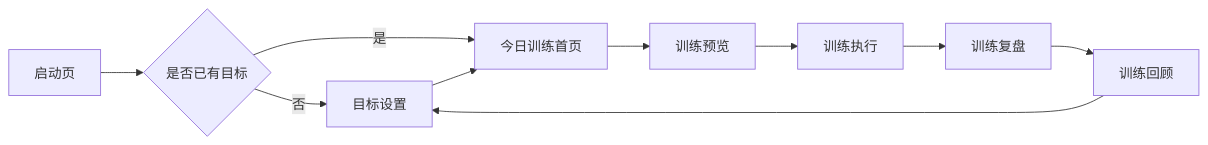
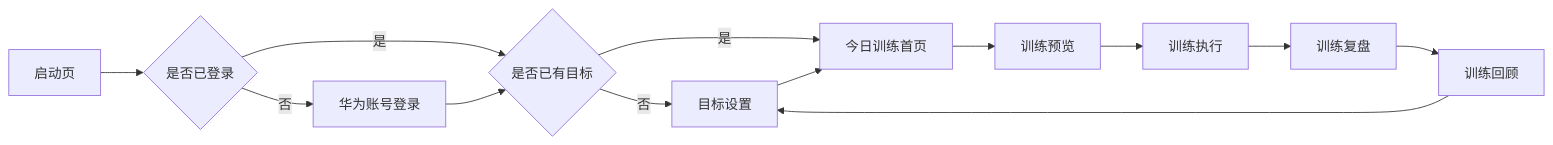
Before and after one commit to EarthxxRhythm/FitTracker: the diagram in docs/产品需求文档（PRD）.md, drawn with Mermaid. The commit also changed other lines of this file and 134 other files, not shown here.

````diff
--- a/docs/产品需求文档（PRD）.md
+++ b/docs/产品需求文档（PRD）.md
@@ -28,12 +31,15 @@
 ```mermaid
 flowchart LR
-  A["启动页"] --> B{"是否已有目标"}
-  B -->|否| C["目标设置"]
-  B -->|是| D["今日训练首页"]
+  A["启动页"] --> B{"是否已登录"}
+  B -->|否| C["华为账号登录"]
+  B -->|是| D{"是否已有目标"}
   C --> D
-  D --> E["训练预览"]
-  E --> F["训练执行"]
-  F --> G["训练复盘"]
-  G --> H["训练回顾"]
-  H --> C
+  D -->|否| E["目标设置"]
+  D -->|是| F["今日训练首页"]
+  E --> F
+  F --> G["训练预览"]
+  G --> H["训练执行"]
+  H --> I["训练复盘"]
+  I --> J["训练回顾"]
+  J --> E
 ```
````
